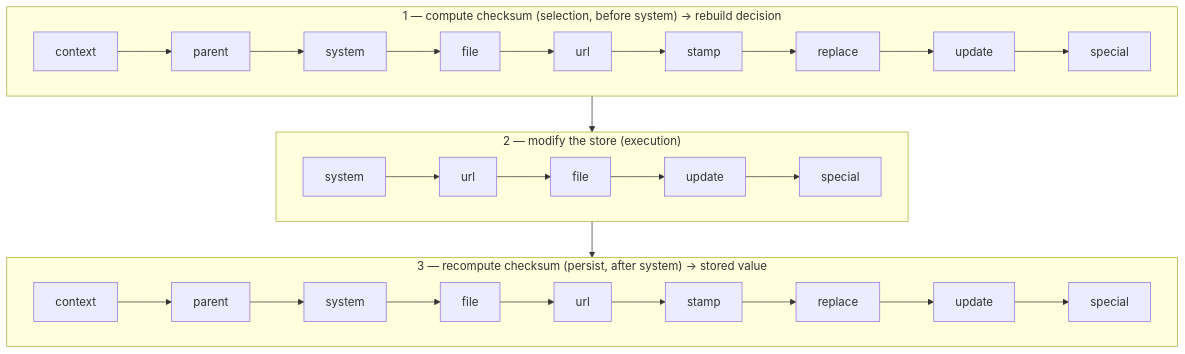
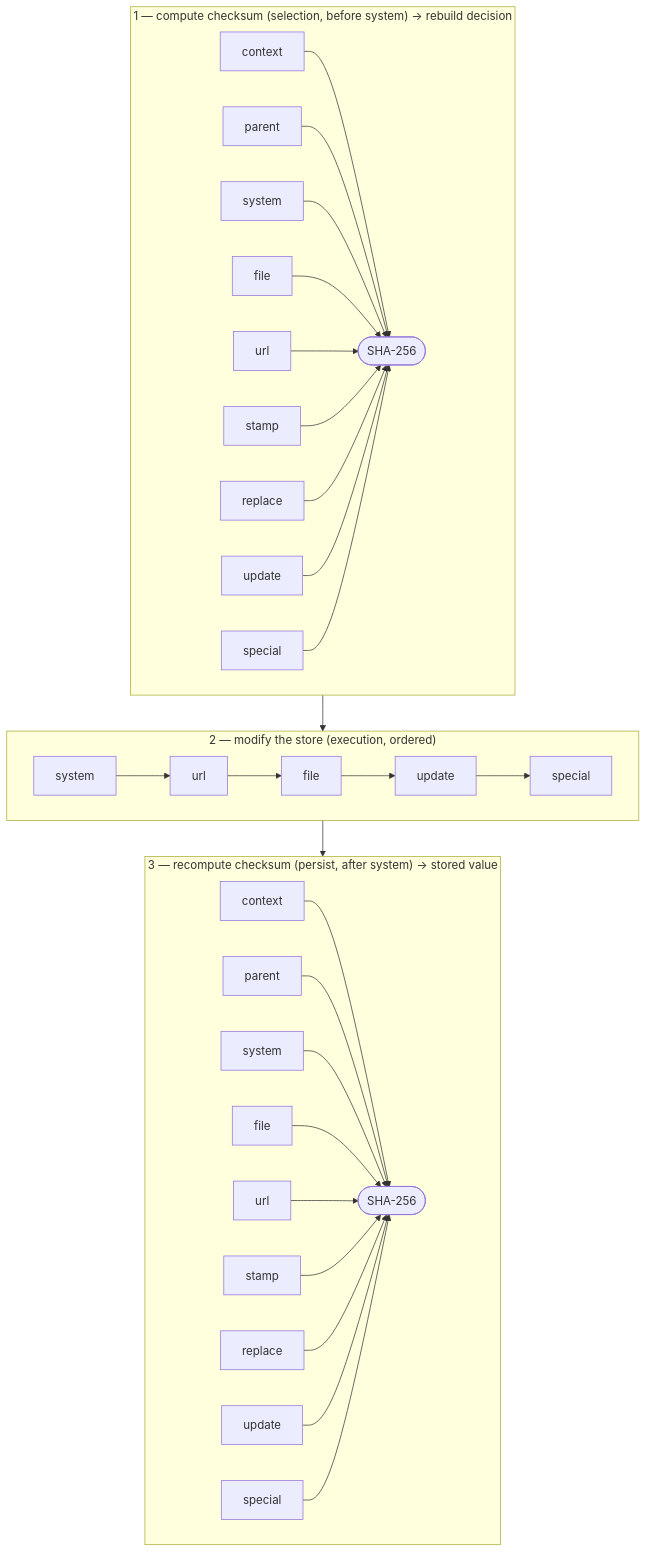
One commit to sib-swiss/kgsteward changed the second of 2 diagrams in doc/execution_model.md. Above: the diagram before and after it, drawn with Mermaid. The commit also changed other lines of this file, not shown here.

First line of the commit message:
doc: draw checksum passes as unordered input sets, not sequences

````diff
--- a/doc/execution_model.md
+++ b/doc/execution_model.md
@@ -80,16 +83,14 @@
 ```mermaid
 flowchart TB
     subgraph S1["1 — compute checksum (selection, before system) → rebuild decision"]
-      direction LR
-      a1[context] --> a2[parent] --> a3[system] --> a4[file] --> a5[url] --> a6[stamp] --> a7[replace] --> a8[update] --> a9[special]
+      a1[context] & a2[parent] & a3[system] & a4[file] & a5[url] & a6[stamp] & a7[replace] & a8[update] & a9[special] --> AH(["SHA-256"])
     end
-    subgraph S2["2 — modify the store (execution)"]
+    subgraph S2["2 — modify the store (execution, ordered)"]
       direction LR
       b3[system] --> b5[url] --> b4[file] --> b8[update] --> b9[special]
     end
     subgraph S3["3 — recompute checksum (persist, after system) → stored value"]
-      direction LR
-      c1[context] --> c2[parent] --> c3[system] --> c4[file] --> c5[url] --> c6[stamp] --> c7[replace] --> c8[update] --> c9[special]
+      c1[context] & c2[parent] & c3[system] & c4[file] & c5[url] & c6[stamp] & c7[replace] & c8[update] & c9[special] --> CH(["SHA-256"])
     end
     S1 --> S2 --> S3
 ```
````
